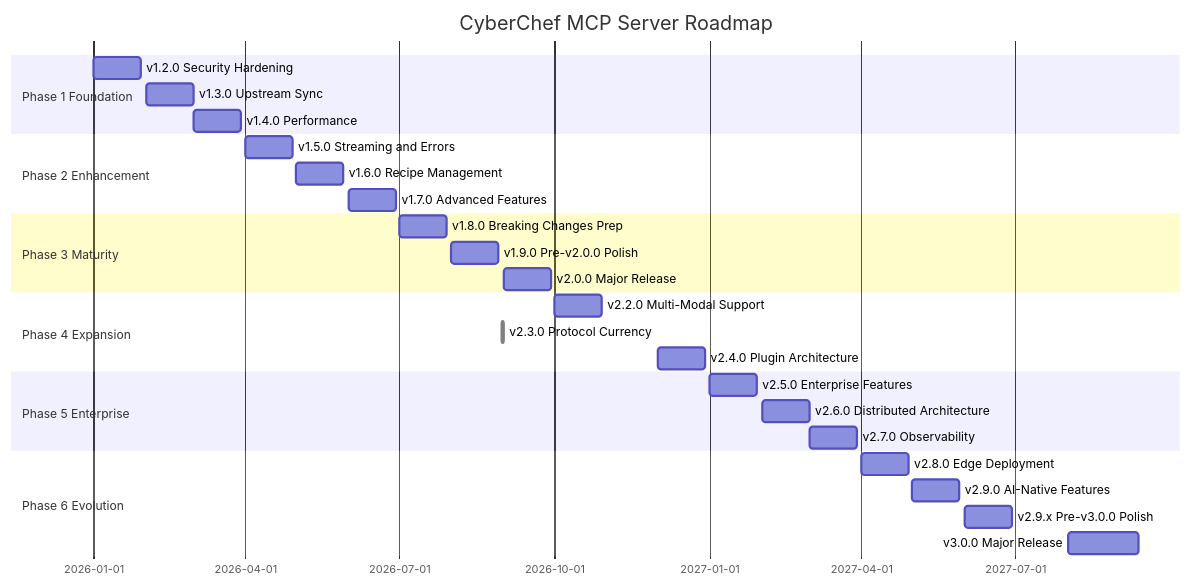
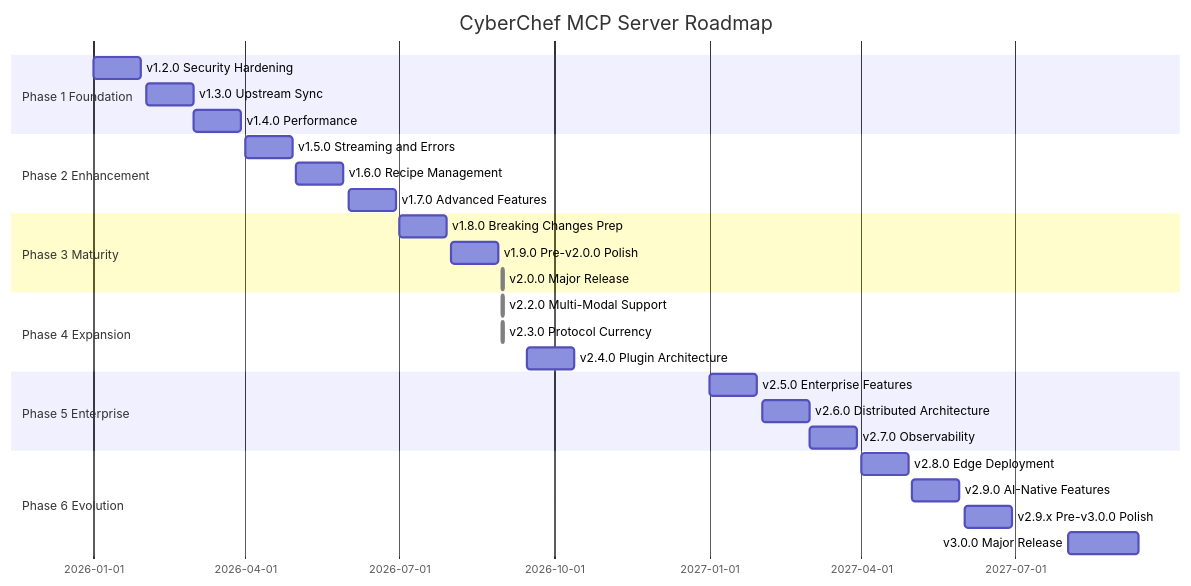
One commit to doublegate/CyberChef-MCP changed the diagram in docs/planning/ROADMAP.md. Above: the diagram before and after it, drawn with Mermaid. The commit also changed 11 other files, not shown here.

````diff
--- a/docs/planning/ROADMAP.md
+++ b/docs/planning/ROADMAP.md
@@ -46,30 +46,30 @@
 ```mermaid
 gantt
     title CyberChef MCP Server Roadmap
     dateFormat YYYY-MM-DD
     section Phase 1 Foundation
     v1.2.0 Security Hardening           :2026-01-01, 4w
     v1.3.0 Upstream Sync                :2026-02-01, 4w
     v1.4.0 Performance                  :2026-03-01, 4w
     section Phase 2 Enhancement
     v1.5.0 Streaming and Errors         :2026-04-01, 4w
     v1.6.0 Recipe Management            :2026-05-01, 4w
     v1.7.0 Advanced Features            :2026-06-01, 4w
     section Phase 3 Maturity
     v1.8.0 Breaking Changes Prep        :2026-07-01, 4w
     v1.9.0 Pre-v2.0.0 Polish            :2026-08-01, 4w
-    v2.0.0 Major Release                :2026-09-01, 4w
+    v2.0.0 Major Release                :done, 2026-08-31, 1d
     section Phase 4 Expansion
-    v2.2.0 Multi-Modal Support          :2026-10-01, 4w
+    v2.2.0 Multi-Modal Support          :done, 2026-08-31, 1d
     v2.3.0 Protocol Currency            :done, 2026-08-31, 1d
-    v2.4.0 Plugin Architecture          :2026-12-01, 4w
+    v2.4.0 Plugin Architecture          :2026-09-15, 4w
     section Phase 5 Enterprise
     v2.5.0 Enterprise Features          :2027-01-01, 4w
     v2.6.0 Distributed Architecture     :2027-02-01, 4w
     v2.7.0 Observability                :2027-03-01, 4w
     section Phase 6 Evolution
     v2.8.0 Edge Deployment              :2027-04-01, 4w
     v2.9.0 AI-Native Features           :2027-05-01, 4w
     v2.9.x Pre-v3.0.0 Polish            :2027-06-01, 4w
     v3.0.0 Major Release                :2027-08-01, 6w
 ```
````
